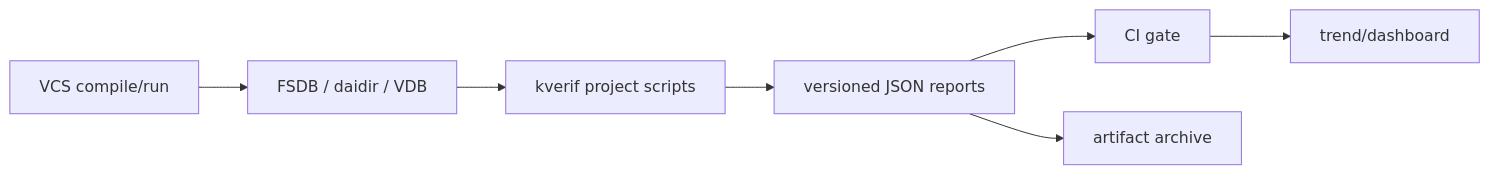
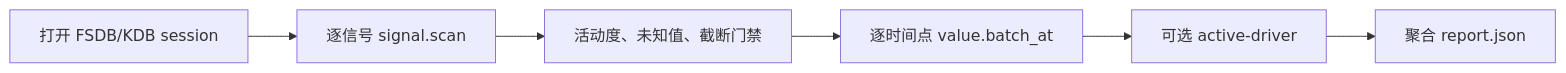
Before and after one commit to ysyx-22040210-yudian/xverif: the second of 2 diagrams in doc/secondary_development_guide.md, drawn with Mermaid. The commit also changed other lines of this file and 31 other files, not shown here.

````diff
--- a/doc/secondary_development_guide.md
+++ b/doc/secondary_development_guide.md
@@ -903,9 +342,8 @@
 ```mermaid
 flowchart LR
-    Build["VCS compile/run"] --> DB["FSDB / daidir / VDB"]
-    DB --> Analyze["kverif project scripts"]
-    Analyze --> JSON["versioned JSON reports"]
-    JSON --> Gate["CI gate"]
-    JSON --> Archive["artifact archive"]
-    Gate --> Dashboard["trend/dashboard"]
+    Open["打开 FSDB/KDB session"] --> Scan["逐信号 signal.scan"]
+    Scan --> Gate["活动度、未知值、截断门禁"]
+    Gate --> Sample["逐时间点 value.batch_at"]
+    Sample --> Active["可选 active-driver"]
+    Active --> Report["聚合 report.json"]
 ```
````
